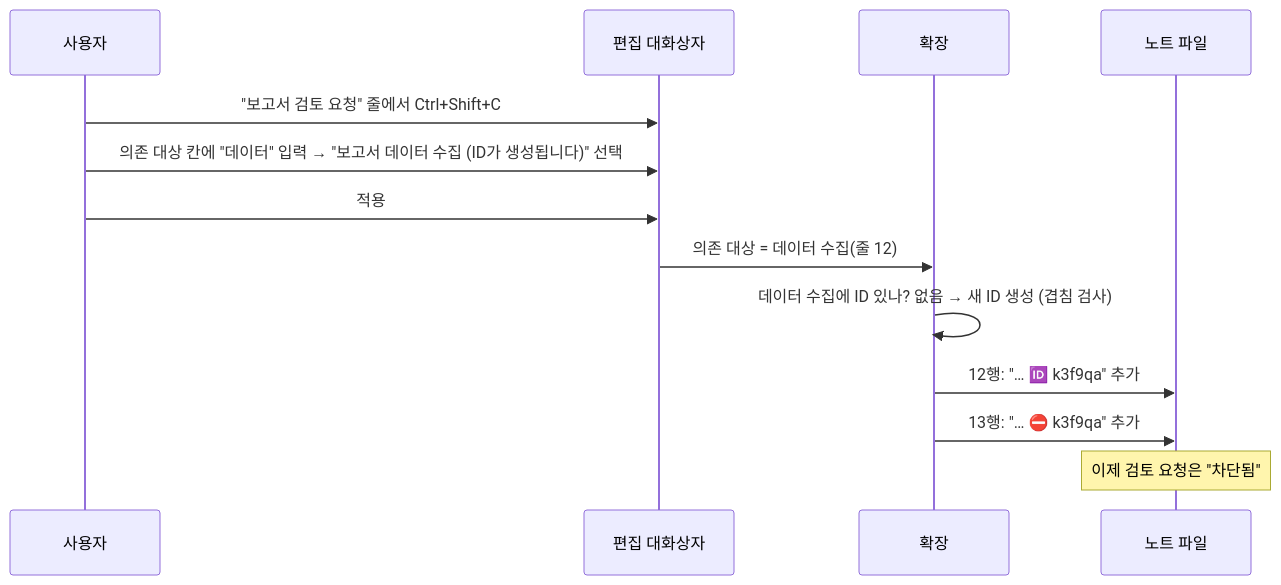
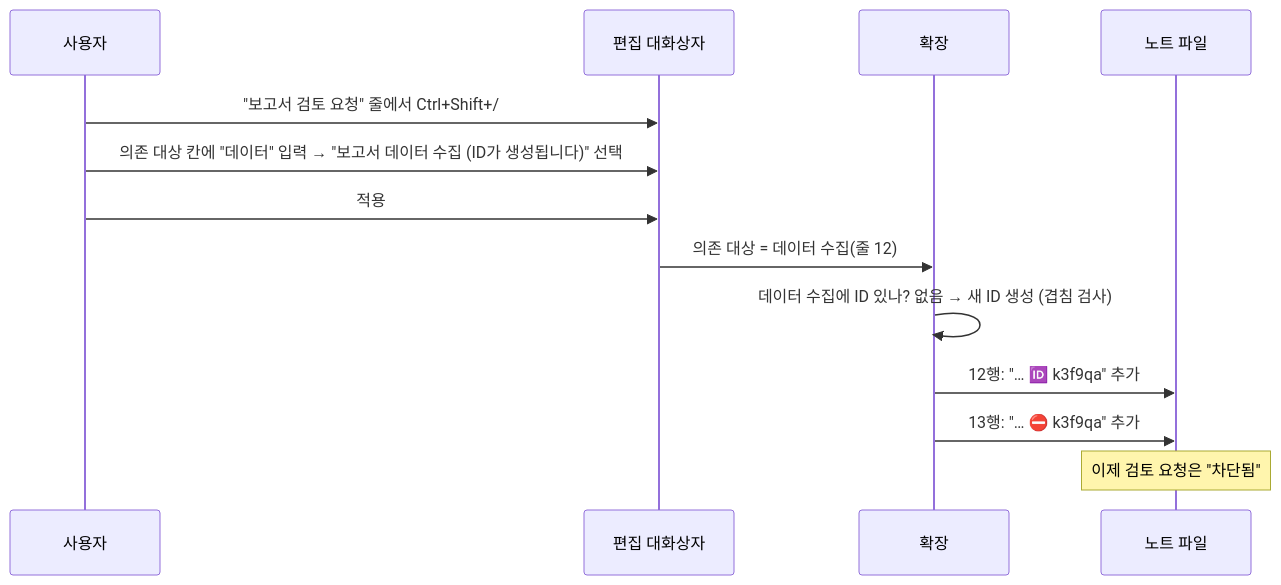
One commit to W-Leester/tasks-for-markdown changed the first of 7 diagrams in docs/dependencies-guide.md. Above: the diagram before and after it, drawn with Mermaid. The commit also changed other lines of this file and 12 other files, not shown here.

Commit message:
feat(editor): Ctrl+Shift+C toggles a checkbox (one hand, frequent); the create/edit dialog moves to Ctrl+Shift+/ — docs, README, walkthrough and tests follow

````diff
--- a/docs/dependencies-guide.md
+++ b/docs/dependencies-guide.md
@@ -40,16 +40,16 @@
 ```mermaid
 sequenceDiagram
     participant U as 사용자
     participant D as 편집 대화상자
     participant X as 확장
     participant F as 노트 파일
 
-    U->>D: "보고서 검토 요청" 줄에서 Ctrl+Shift+C
+    U->>D: "보고서 검토 요청" 줄에서 Ctrl+Shift+/
     U->>D: 의존 대상 칸에 "데이터" 입력 → "보고서 데이터 수집 (ID가 생성됩니다)" 선택
     U->>D: 적용
     D->>X: 의존 대상 = 데이터 수집(줄 12)
     X->>X: 데이터 수집에 ID 있나? 없음 → 새 ID 생성 (겹침 검사)
     X->>F: 12행: "… 🆔 k3f9qa" 추가
     X->>F: 13행: "… ⛔ k3f9qa" 추가
     Note over F: 이제 검토 요청은 "차단됨"
 ```
````
